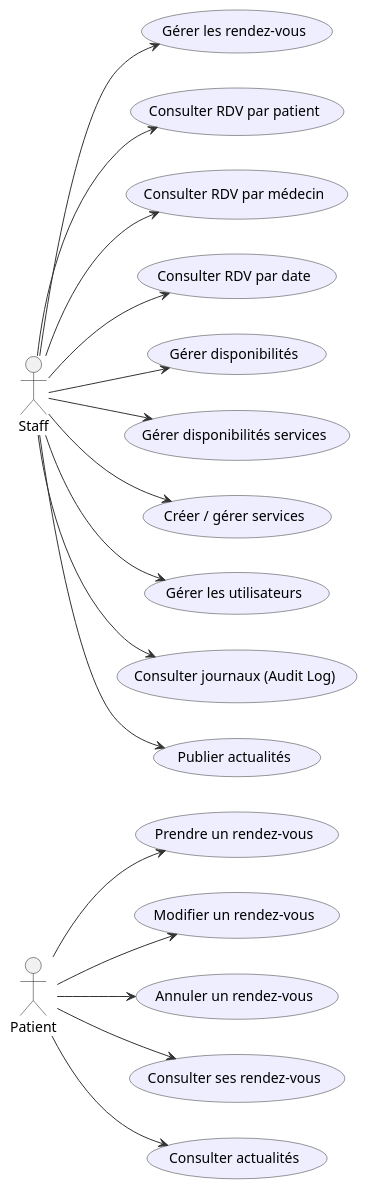
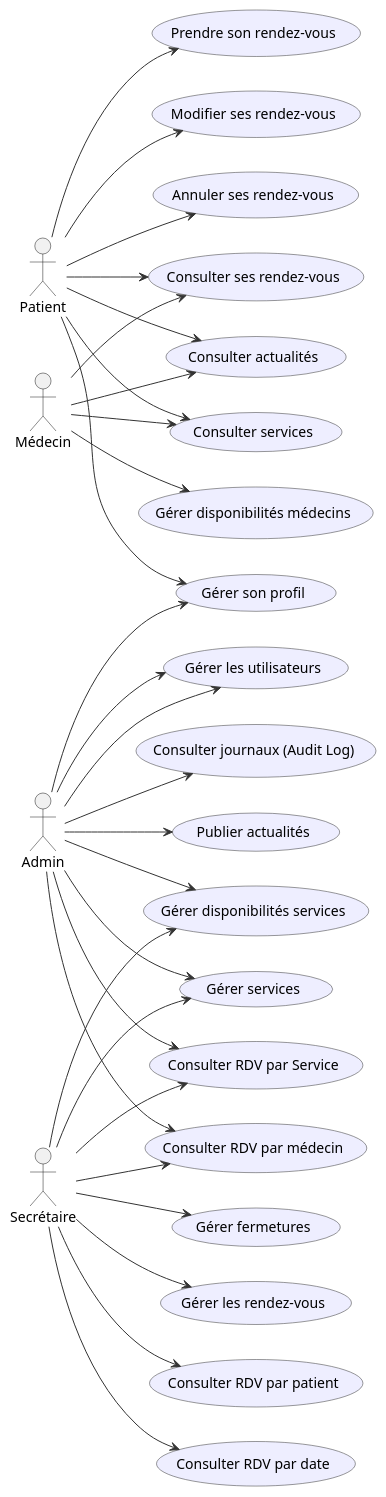
Before and after one commit to baptistev59/DoctoLight: the diagram in UML/usercase.puml, drawn with PlantUML. The commit also changed 25 other files, not shown here.

```diff
--- a/UML/usercase.puml
+++ b/UML/usercase.puml
@@ -1,47 +1,68 @@
 @startuml Docotlight
 left to right direction
 skinparam packageStyle rectangle
 skinparam usecase {
   BackgroundColor #EEF
   BorderColor #333
   ArrowColor #333
 }
 
 actor "Patient" as patient
-actor "Staff" as staff
+actor "Secrétaire" as secretaire
+actor "Médecin" as medecin
+actor "Admin" as admin
 
-usecase "Prendre un rendez-vous" as UC1
-usecase "Modifier un rendez-vous" as UC2
-usecase "Annuler un rendez-vous" as UC3
+usecase "Prendre son rendez-vous" as UC1
+usecase "Modifier ses rendez-vous" as UC2
+usecase "Annuler ses rendez-vous" as UC3
 usecase "Consulter ses rendez-vous" as UC4
 usecase "Gérer les rendez-vous" as UC5
 usecase "Consulter RDV par patient" as UC6
 usecase "Consulter RDV par médecin" as UC7
 usecase "Consulter RDV par date" as UC8
-usecase "Gérer disponibilités" as UC9
+usecase "Gérer disponibilités médecins" as UC9
 usecase "Gérer disponibilités services" as UC10
-usecase "Créer / gérer services" as UC11
+usecase "Gérer services" as UC11
 usecase "Gérer les utilisateurs" as UC12
 usecase "Consulter journaux (Audit Log)" as UC13
 usecase "Consulter actualités" as UC14
 usecase "Publier actualités" as UC15
+usecase "Consulter RDV par Service" as UC16
+usecase "Consulter services" as UC17
+usecase "Gérer son profil" as UC18
+usecase "Gérer fermetures" as UC19
 
 ' Associations
 patient --> UC1
 patient --> UC2
 patient --> UC3
 patient --> UC4
 patient --> UC14
+patient --> UC17
+patient --> UC18
 
-staff --> UC5
-staff --> UC6
-staff --> UC7
-staff --> UC8
-staff --> UC9
-staff --> UC10
-staff --> UC11
-staff --> UC12
-staff --> UC13
-staff --> UC15
+medecin --> UC9
+medecin --> UC17
+medecin --> UC14
+medecin --> UC4
+
+secretaire --> UC5
+secretaire --> UC6
+secretaire --> UC7
+secretaire --> UC8
+secretaire --> UC10
+secretaire --> UC16
+secretaire --> UC11
+secretaire --> UC19
+
+admin --> UC10
+admin --> UC12
+admin --> UC7
+admin --> UC16
+admin --> UC11
+admin --> UC12
+admin --> UC13
+admin --> UC15
+admin --> UC18
 
 @enduml
```
